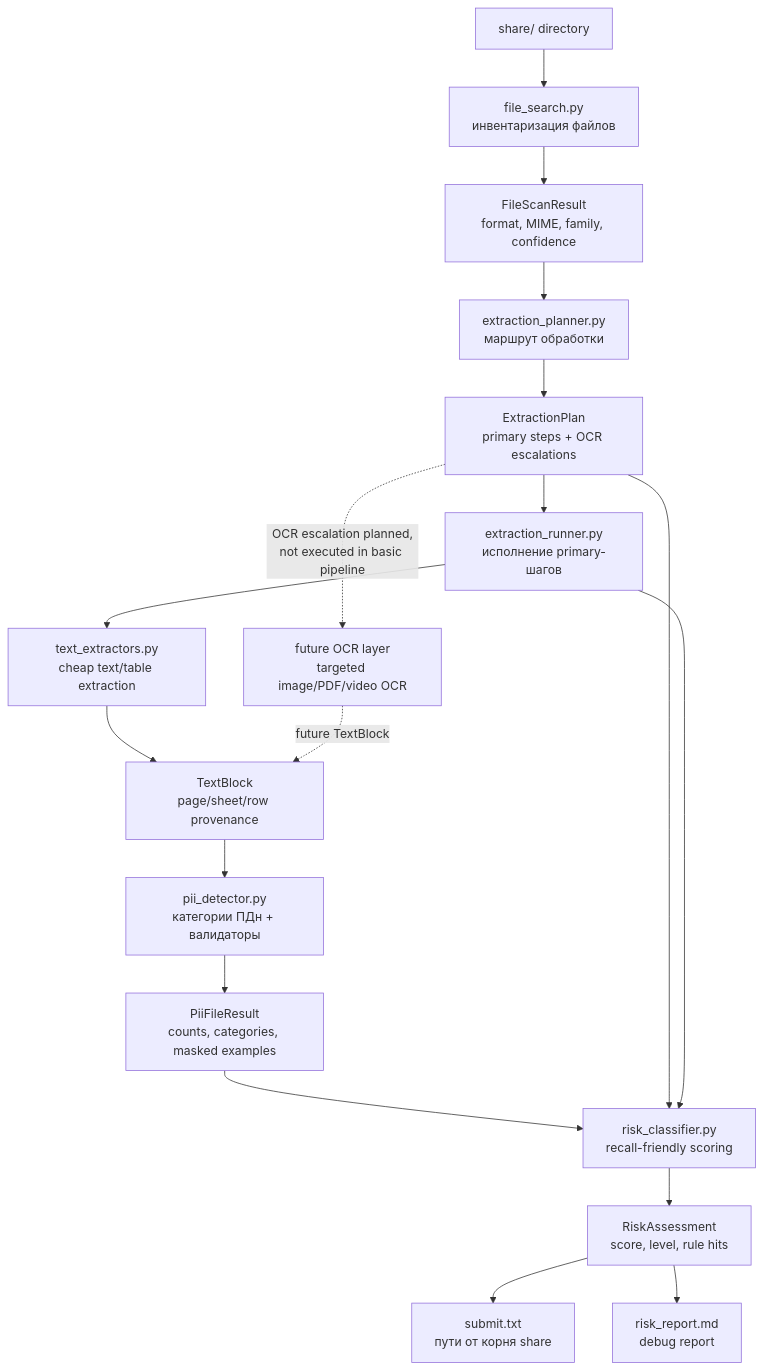
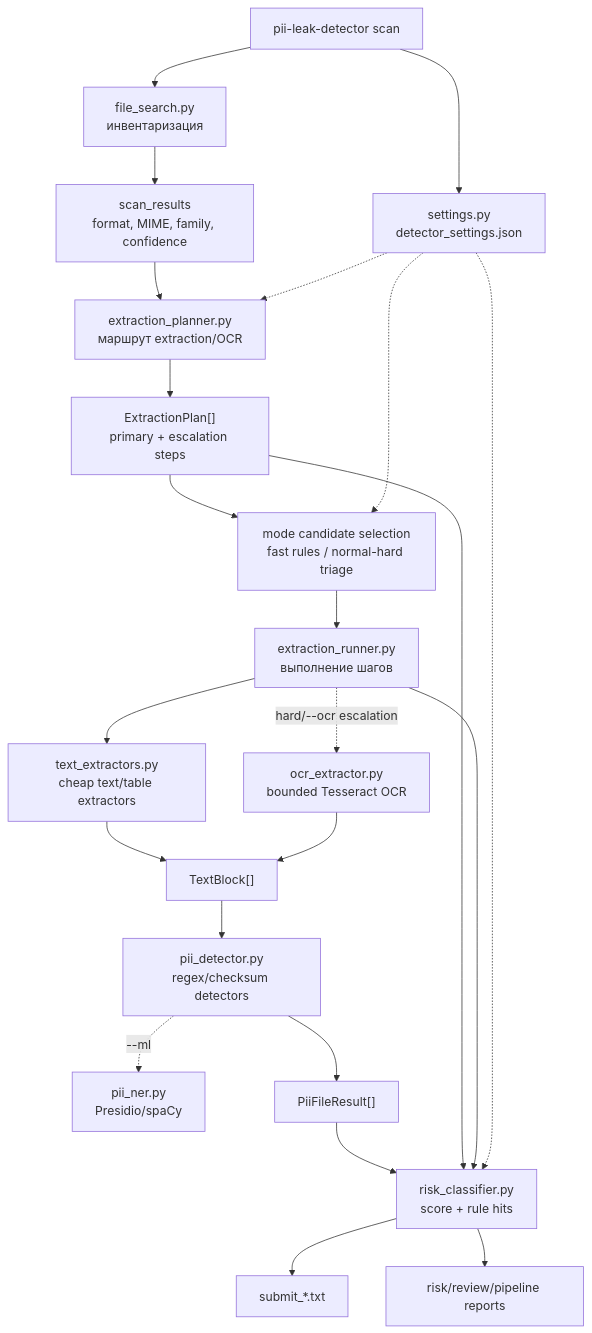
Before and after one commit to arshinov-dev/pii-leak-detector: the diagram in guides/pipeline.md, drawn with Mermaid. The commit also changed other lines of this file and 24 other files, not shown here.

````diff
--- a/guides/pipeline.md
+++ b/guides/pipeline.md
@@ -5,21 +9,25 @@
 ```mermaid
 flowchart TD
-    A["share/ directory"] --> B["file_search.py<br/>инвентаризация файлов"]
-    B --> C["FileScanResult<br/>format, MIME, family, confidence"]
-    C --> D["extraction_planner.py<br/>маршрут обработки"]
-    D --> E["ExtractionPlan<br/>primary steps + OCR escalations"]
-    E --> F["extraction_runner.py<br/>исполнение primary-шагов"]
-    F --> G["text_extractors.py<br/>cheap text/table extraction"]
-    G --> H["TextBlock<br/>page/sheet/row provenance"]
-    H --> I["pii_detector.py<br/>категории ПДн + валидаторы"]
-    I --> J["PiiFileResult<br/>counts, categories, masked examples"]
-    J --> K["risk_classifier.py<br/>recall-friendly scoring"]
-    E --> K
-    F --> K
-    K --> L["RiskAssessment<br/>score, level, rule hits"]
-    L --> M["submit.txt<br/>пути от корня share"]
-    L --> N["risk_report.md<br/>debug report"]
-
-    E -. "OCR escalation planned,<br/>not executed in basic pipeline" .-> O["future OCR layer<br/>targeted image/PDF/video OCR"]
-    O -. "future TextBlock" .-> H
+    CLI["pii-leak-detector scan"] --> Settings["settings.py<br/>detector_settings.json"]
+    CLI --> FS["file_search.py<br/>инвентаризация"]
+    FS --> Scan["scan_results<br/>format, MIME, family, confidence"]
+    Scan --> Planner["extraction_planner.py<br/>маршрут extraction/OCR"]
+    Settings -.-> Planner
+    Planner --> Plans["ExtractionPlan[]<br/>primary + escalation steps"]
+    Plans --> Select["mode candidate selection<br/>fast rules / normal-hard triage"]
+    Settings -.-> Select
+    Select --> Runner["extraction_runner.py<br/>выполнение шагов"]
+    Runner --> Extractors["text_extractors.py<br/>cheap text/table extractors"]
+    Runner -. "hard/--ocr escalation" .-> OCR["ocr_extractor.py<br/>bounded Tesseract OCR"]
+    Extractors --> Blocks["TextBlock[]"]
+    OCR --> Blocks
+    Blocks --> PII["pii_detector.py<br/>regex/checksum detectors"]
+    PII -. "--ml" .-> NER["pii_ner.py<br/>Presidio/spaCy"]
+    PII --> PIIResult["PiiFileResult[]"]
+    PIIResult --> Risk["risk_classifier.py<br/>score + rule hits"]
+    Plans --> Risk
+    Runner --> Risk
+    Settings -.-> Risk
+    Risk --> Submit["submit_*.txt"]
+    Risk --> Reports["risk/review/pipeline reports"]
 ```
````
